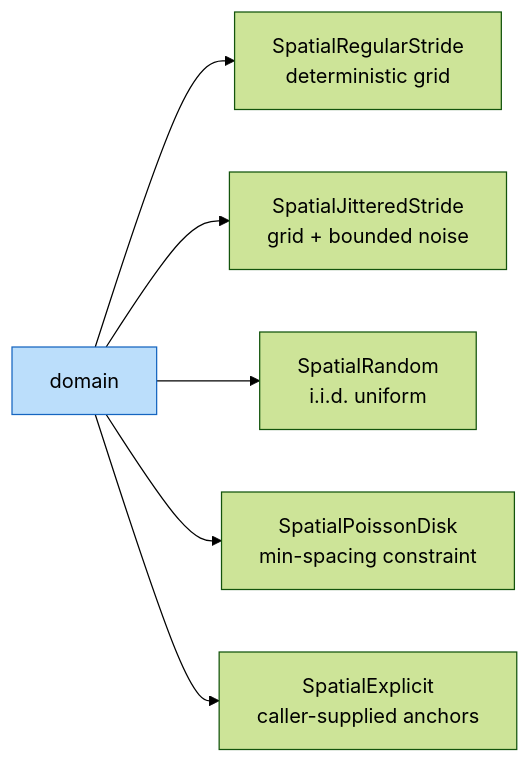
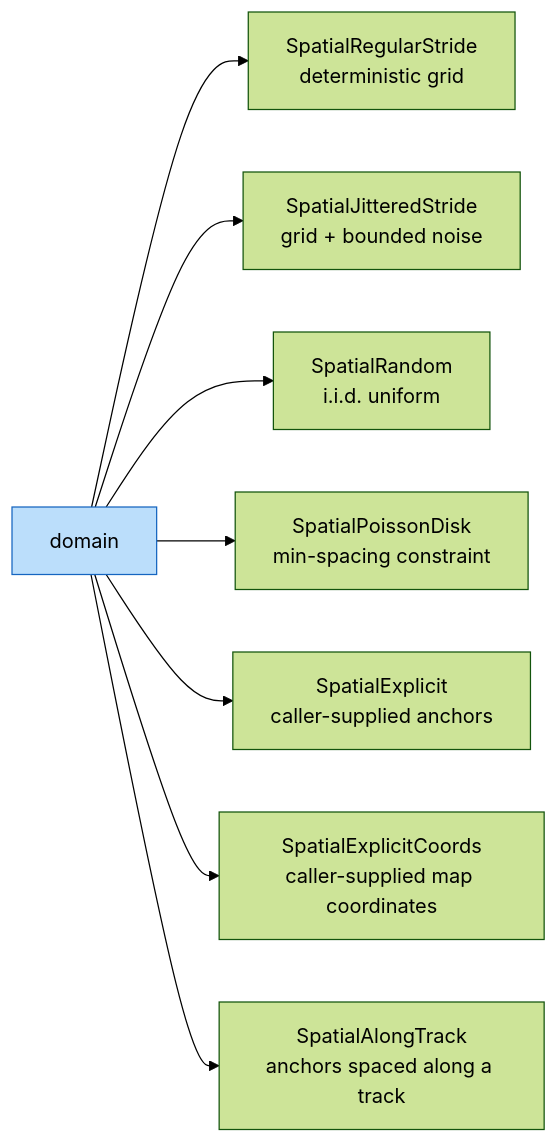
One commit to jejjohnson/geotoolz changed the third of 5 diagrams in docs/patcher/concepts.md. Above: the diagram before and after it, drawn with Mermaid (forest theme). The commit also changed other lines of this file and 39 other files, not shown here.

````diff
--- a/docs/patcher/concepts.md
+++ b/docs/patcher/concepts.md
@@ -55,9 +55,11 @@
 ```mermaid
 flowchart LR
     Field[domain] --> RS[SpatialRegularStride<br/>deterministic grid]
     Field --> JS[SpatialJitteredStride<br/>grid + bounded noise]
     Field --> RND[SpatialRandom<br/>i.i.d. uniform]
     Field --> PD[SpatialPoissonDisk<br/>min-spacing constraint]
     Field --> EX[SpatialExplicit<br/>caller-supplied anchors]
+    Field --> EC[SpatialExplicitCoords<br/>caller-supplied map coordinates]
+    Field --> AT[SpatialAlongTrack<br/>anchors spaced along a track]
     style Field fill:#bbdefb,stroke:#1565c0
 ```
````
